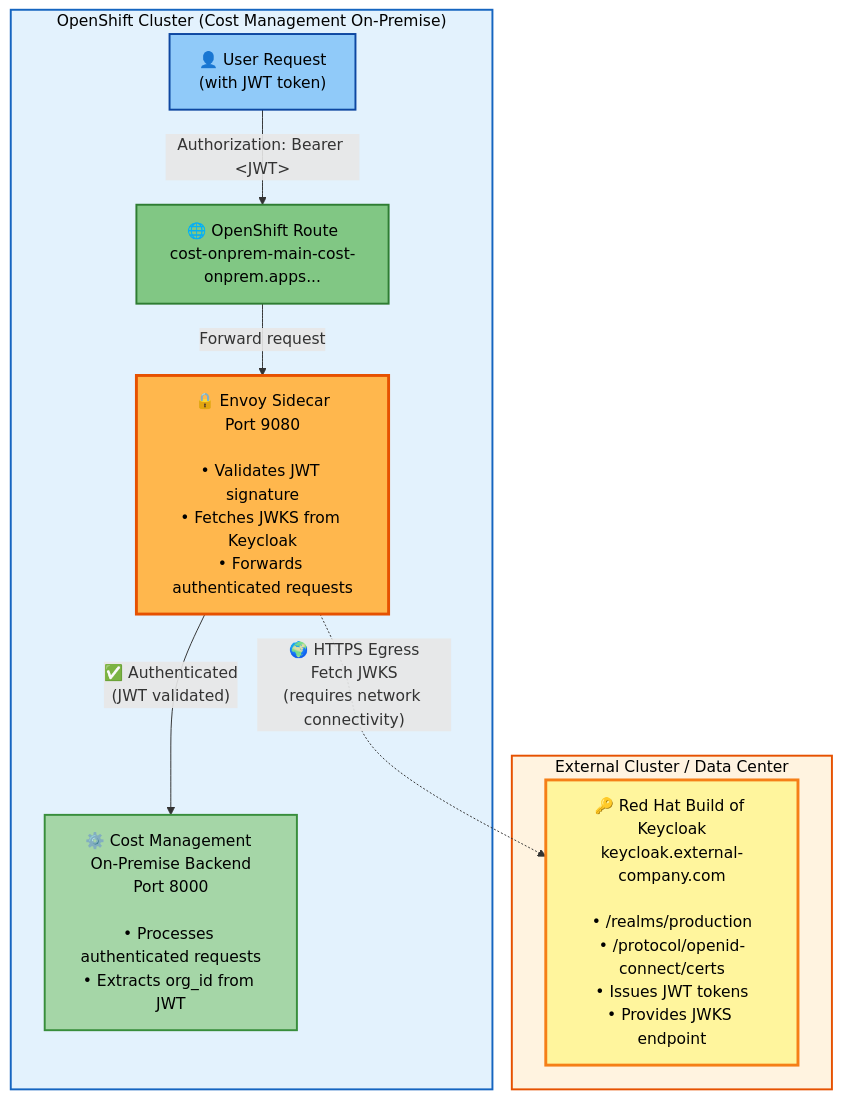
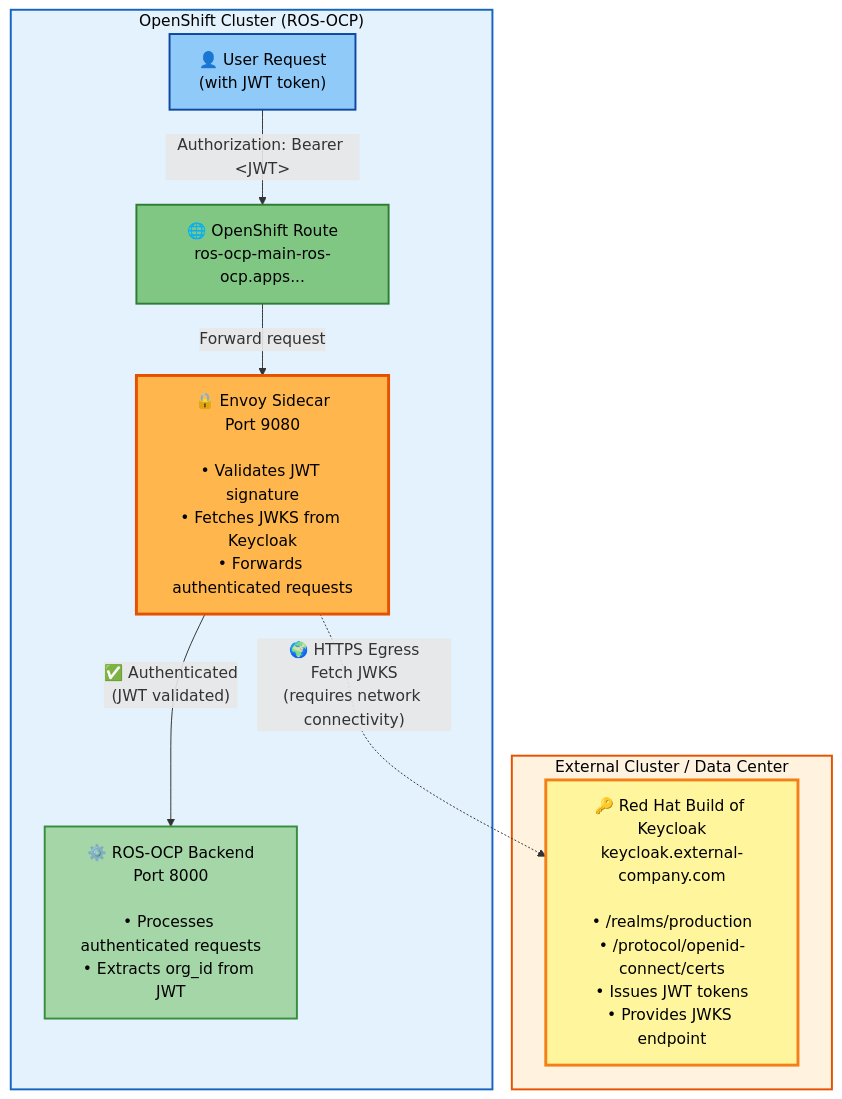
One commit to jordigilh/ros-helm-chart changed the diagram in docs/external-keycloak-scenario.md. Above: the diagram before and after it, drawn with Mermaid. The commit also changed other lines of this file and 332 other files, not shown here.

First line of the commit message:
feat: Complete Cost Management on-prem deployment with E2E validation

````diff
--- a/docs/external-keycloak-scenario.md
+++ b/docs/external-keycloak-scenario.md
@@ -41,27 +41,27 @@
 ```mermaid
 graph TB
-    subgraph ocp["OpenShift Cluster (Cost Management On-Premise)"]
+    subgraph ocp["OpenShift Cluster (ROS-OCP)"]
         User["👤 User Request<br/>(with JWT token)"]
-        Route["🌐 OpenShift Route<br/>cost-onprem-main-cost-onprem.apps..."]
+        Route["🌐 OpenShift Route<br/>ros-ocp-main-ros-ocp.apps..."]
         Envoy["🔒 Envoy Sidecar<br/>Port 9080<br/><br/>• Validates JWT signature<br/>• Fetches JWKS from Keycloak<br/>• Forwards authenticated requests"]
-        Backend["⚙️ Cost Management On-Premise Backend<br/>Port 8000<br/><br/>• Processes authenticated requests<br/>• Extracts org_id from JWT"]
+        Backend["⚙️ ROS-OCP Backend<br/>Port 8000<br/><br/>• Processes authenticated requests<br/>• Extracts org_id from JWT"]
 
         User -->|"Authorization: Bearer &lt;JWT&gt;"| Route
         Route -->|Forward request| Envoy
         Envoy -->|"✅ Authenticated<br/>(JWT validated)"| Backend
     end
 
     subgraph external["External Cluster / Data Center"]
         Keycloak["🔑 Red Hat Build of Keycloak<br/>keycloak.external-company.com<br/><br/>• /realms/production<br/>• /protocol/openid-connect/certs<br/>• Issues JWT tokens<br/>• Provides JWKS endpoint"]
     end
 
     Envoy -.->|"🌍 HTTPS Egress<br/>Fetch JWKS<br/>(requires network connectivity)"| Keycloak
 
     style ocp fill:#e3f2fd,stroke:#1565c0,stroke-width:2px,color:#000
     style external fill:#fff3e0,stroke:#e65100,stroke-width:2px,color:#000
     style User fill:#90caf9,stroke:#0d47a1,stroke-width:2px,color:#000
     style Route fill:#81c784,stroke:#2e7d32,stroke-width:2px,color:#000
     style Envoy fill:#ffb74d,stroke:#e65100,stroke-width:3px,color:#000
     style Backend fill:#a5d6a7,stroke:#388e3c,stroke-width:2px,color:#000
     style Keycloak fill:#fff59d,stroke:#f57f17,stroke-width:3px,color:#000
 ```
````
